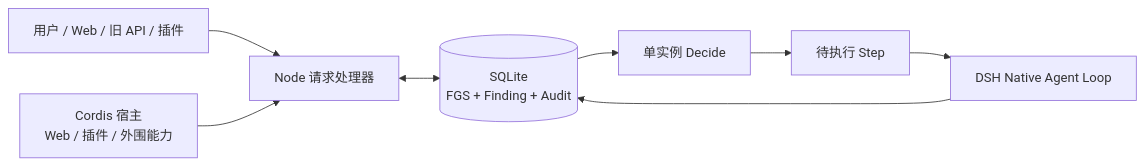
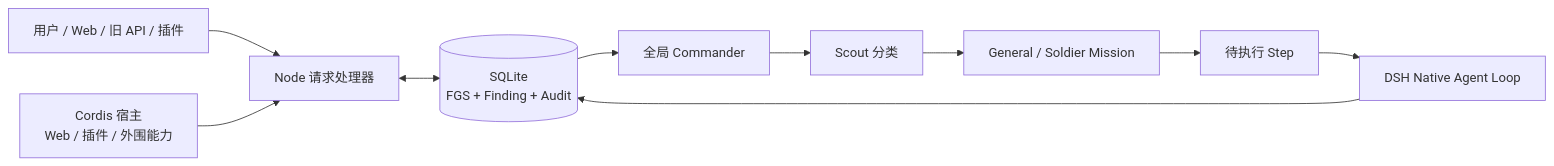
Before and after one commit to 0X6C7879/RedTrace: the diagram in README.md, drawn with Mermaid. The commit also changed other lines of this file and 4464 other files, not shown here.

````diff
--- a/README.md
+++ b/README.md
@@ -28,10 +28,12 @@
 ```mermaid
 flowchart LR
     U[用户 / Web / 旧 API / 插件] --> N[Node 请求处理器]
     N <--> DB[(SQLite<br/>FGS + Finding + Audit)]
-    DB --> D[单实例 Decide]
-    D --> S[待执行 Step]
+    DB --> D[全局 Commander]
+    D --> SC[Scout 分类]
+    SC --> G[General / Soldier Mission]
+    G --> S[待执行 Step]
     S --> E[DSH Native Agent Loop]
     E --> DB
     C[Cordis 宿主<br/>Web / 插件 / 外围能力] --> N
 ```
````
